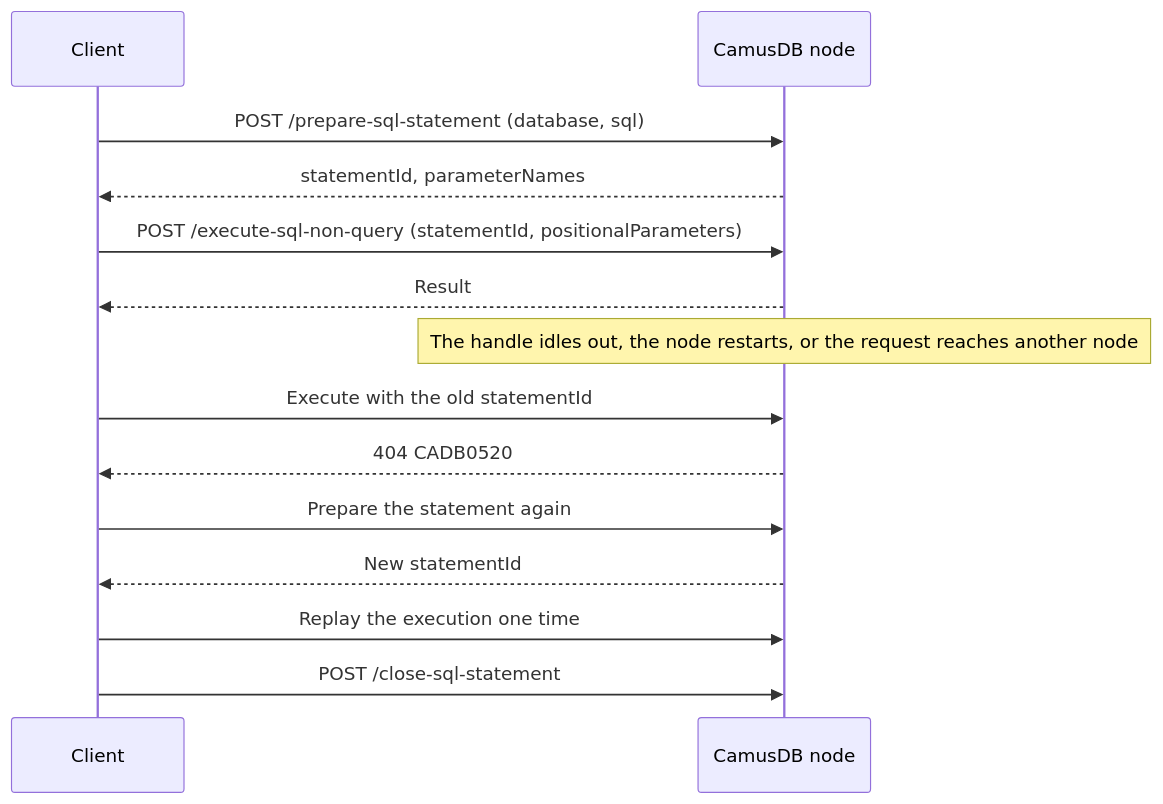
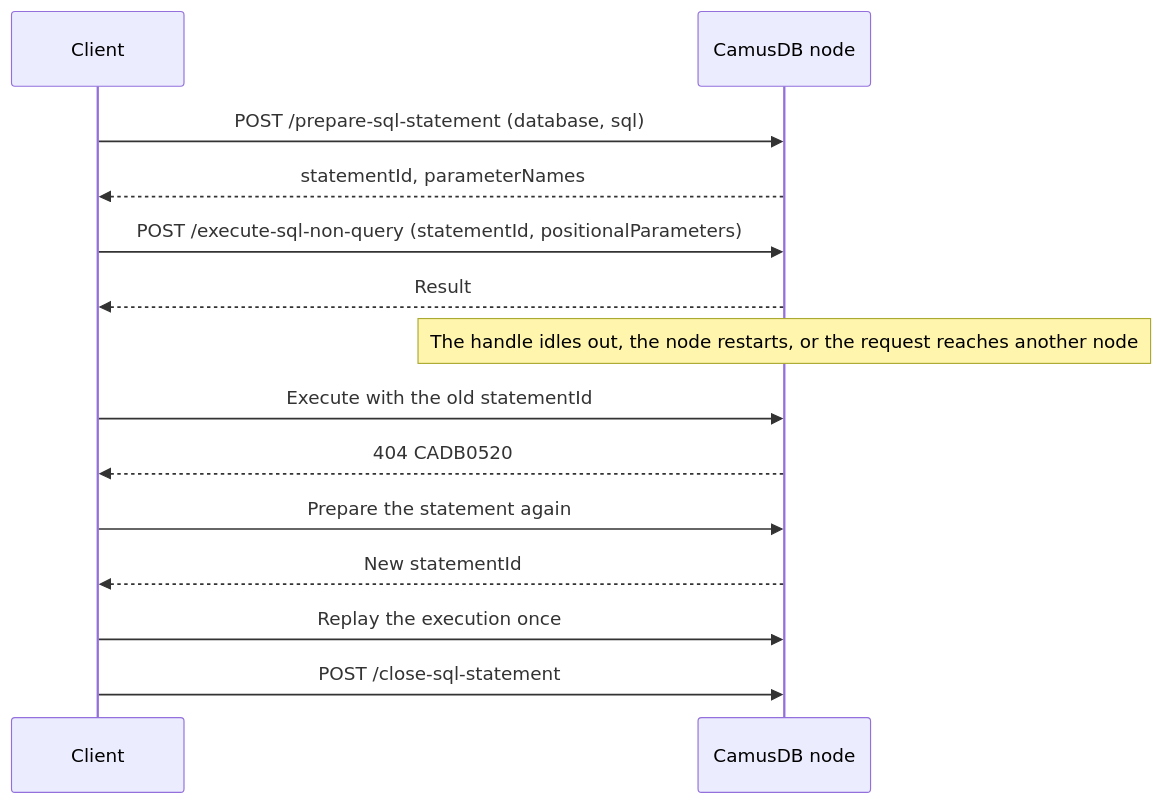
The diagram in docs/prepared-statements.md (camusdb/camusdb.github.io), drawn with Mermaid before and after one commit. The commit also changed other lines of this file and 174 other files, not shown here.

````diff
--- a/docs/prepared-statements.md
+++ b/docs/prepared-statements.md
@@ -266,16 +265,16 @@
 ```mermaid
 sequenceDiagram
     participant C as Client
     participant N as CamusDB node
     C->>N: POST /prepare-sql-statement (database, sql)
     N-->>C: statementId, parameterNames
     C->>N: POST /execute-sql-non-query (statementId, positionalParameters)
     N-->>C: Result
     Note over N: The handle idles out, the node restarts, or the request reaches another node
     C->>N: Execute with the old statementId
     N-->>C: 404 CADB0520
     C->>N: Prepare the statement again
     N-->>C: New statementId
-    C->>N: Replay the execution one time
+    C->>N: Replay the execution once
     C->>N: POST /close-sql-statement
 ```
````
